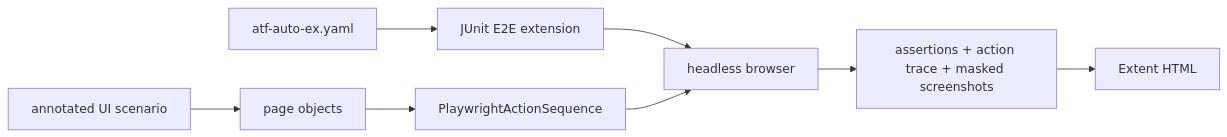
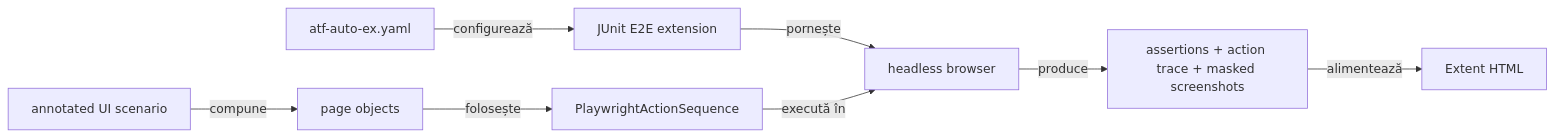
The diagram in atf-test-auto-ex/README.md (crististefanita/demo2), drawn with Mermaid before and after one commit. The commit also changed other lines of this file and 37 other files, not shown here.

````diff
--- a/atf-test-auto-ex/README.md
+++ b/atf-test-auto-ex/README.md
@@ -25,10 +31,10 @@
 ```mermaid
 flowchart LR
-    Config[atf-auto-ex.yaml] --> Extension[JUnit E2E extension]
-    Test[annotated UI scenario] --> Pages[page objects]
-    Pages --> Actions[PlaywrightActionSequence]
-    Extension --> Browser[headless browser]
-    Actions --> Browser
-    Browser --> Evidence[assertions + action trace + masked screenshots]
-    Evidence --> Extent[Extent HTML]
+    Config[atf-auto-ex.yaml] -->|configurează| Extension[JUnit E2E extension]
+    Test[annotated UI scenario] -->|compune| Pages[page objects]
+    Pages -->|folosește| Actions[PlaywrightActionSequence]
+    Extension -->|pornește| Browser[headless browser]
+    Actions -->|execută în| Browser
+    Browser -->|produce| Evidence[assertions + action trace + masked screenshots]
+    Evidence -->|alimentează| Extent[Extent HTML]
 ```
````
